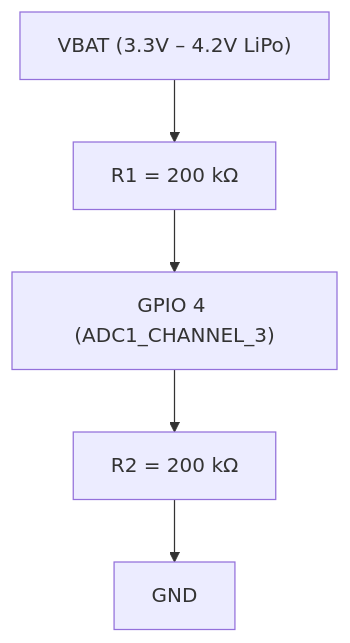
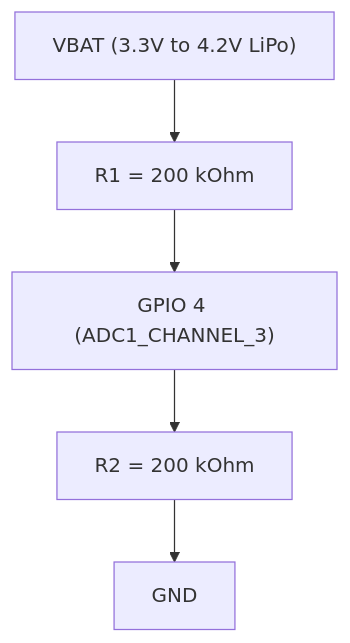
Before and after one commit to Humidyne-Labs/H1OS: the diagram in docs/drivers/05_power.md, drawn with Mermaid. The commit also changed 12 other files, not shown here.

Commit message:
docs: convert all Mermaid diagrams to canonical GitHub graph TD/LR syntax

````diff
--- a/docs/drivers/05_power.md
+++ b/docs/drivers/05_power.md
@@ -29,7 +29,7 @@
 ```mermaid
-flowchart TD
-    VBAT["VBAT (3.3V – 4.2V LiPo)"] --> R1["R1 = 200 kΩ"]
-    R1 --> NODE["GPIO 4 (ADC1_CHANNEL_3)"]
-    NODE --> R2["R2 = 200 kΩ"]
-    R2 --> GND["GND"]
+graph TD;
+    VBAT["VBAT (3.3V to 4.2V LiPo)"]-->R1["R1 = 200 kOhm"];
+    R1-->NODE["GPIO 4 (ADC1_CHANNEL_3)"];
+    NODE-->R2["R2 = 200 kOhm"];
+    R2-->GND["GND"];
 ```
````
